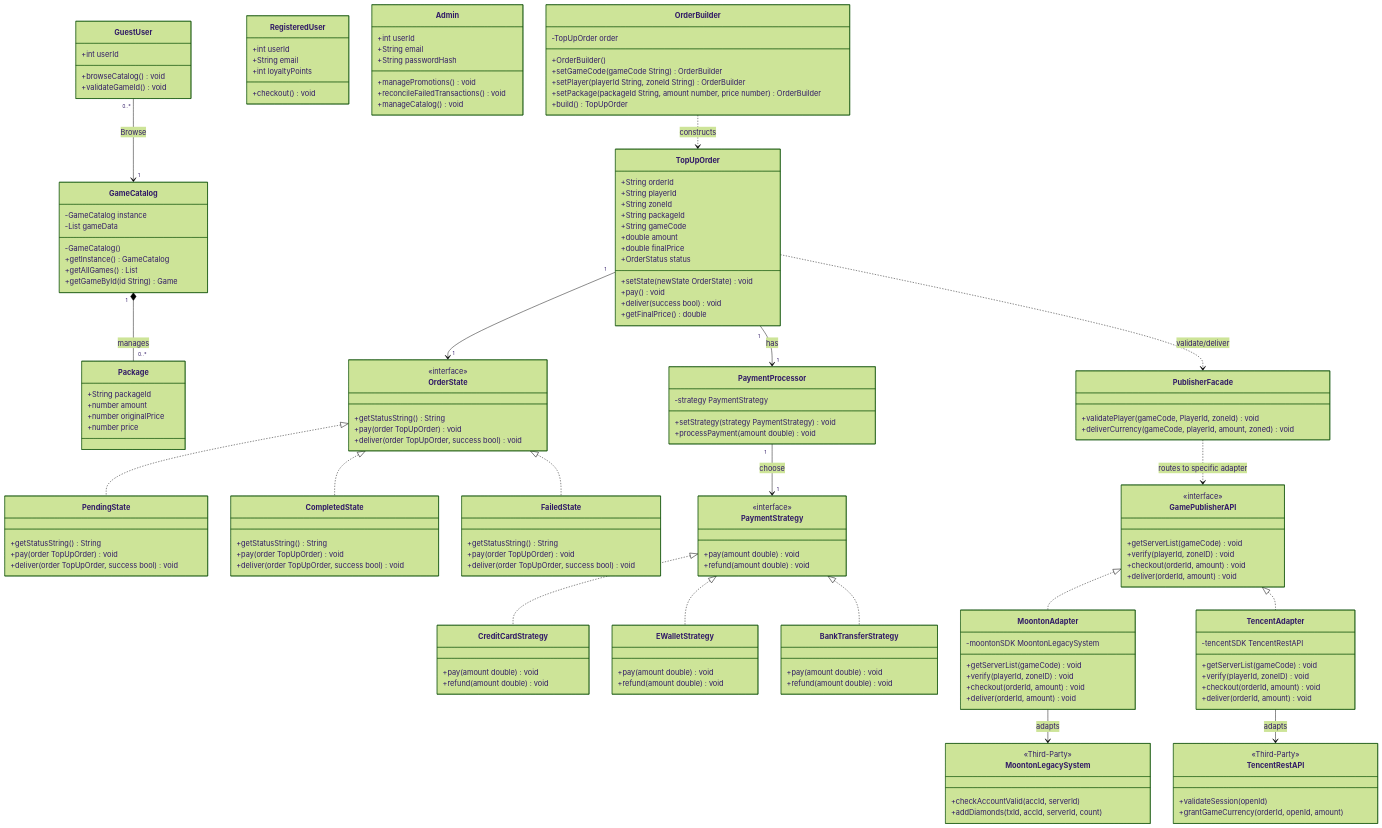
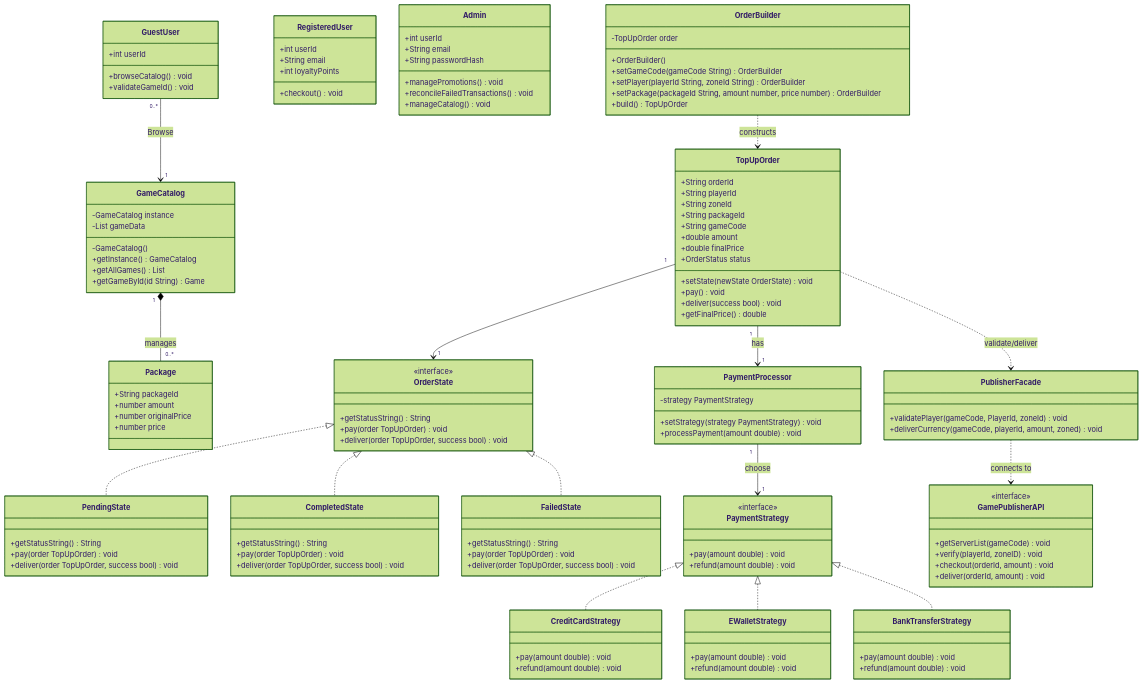
The second of 6 diagrams in Final_UniPin_SDD_Submission.md (ROS-RENDO/Unipin-Final), drawn with Mermaid (forest theme) before and after one commit. The commit also changed other lines of this file, not shown here.

Commit message:
Remove Adapter pattern from SDD

````diff
--- a/Final_UniPin_SDD_Submission.md
+++ b/Final_UniPin_SDD_Submission.md
@@ -284,39 +284,6 @@
         +deliver(orderId, amount) void
     }
 
-    class MoontonAdapter {
-        -moontonSDK MoontonLegacySystem
-        +getServerList(gameCode) void
-        +verify(playerId, zoneID) void
-        +checkout(orderId, amount) void
-        +deliver(orderId, amount) void
-    }
-
-    class TencentAdapter {
-        -tencentSDK TencentRestAPI
-        +getServerList(gameCode) void
-        +verify(playerId, zoneID) void
-        +checkout(orderId, amount) void
-        +deliver(orderId, amount) void
-    }
-
-    class MoontonLegacySystem {
-        <<Third-Party>>
-        +checkAccountValid(accId, serverId)
-        +addDiamonds(txId, accId, serverId, count)
-    }
-
-    class TencentRestAPI {
-        <<Third-Party>>
-        +validateSession(openId)
-        +grantGameCurrency(orderId, openId, amount)
-    }
-
-    GamePublisherAPI <|.. MoontonAdapter
-    GamePublisherAPI <|.. TencentAdapter
-    MoontonAdapter --> MoontonLegacySystem : adapts
-    TencentAdapter --> TencentRestAPI : adapts
-
     TopUpOrder ..> PublisherFacade : validate/deliver
-    PublisherFacade ..> GamePublisherAPI : routes to specific adapter
+    PublisherFacade ..> GamePublisherAPI : connects to
 ```
````
